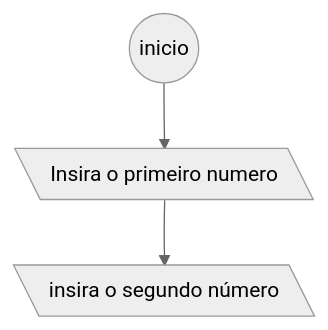
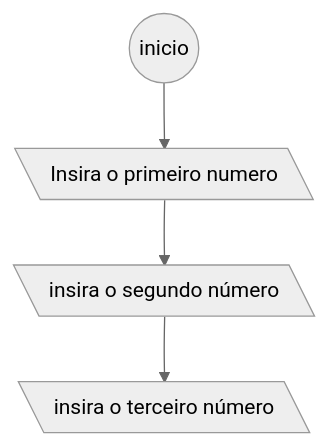
One commit to joacir-pecanha/lista_lp changed the seventh of 10 diagrams in LP/Listas de Exercícios/LP_Lista_01/README.md. Above: the diagram before and after it, drawn with Mermaid (neutral theme).

Commit message:
:books:docs: exercicios 7 de 10[C

````diff
--- a/LP/Listas de Exercícios/LP_Lista_01/README.md
+++ b/LP/Listas de Exercícios/LP_Lista_01/README.md
@@ -98,6 +98,6 @@
    ```mermaid
    flowchart TD
       start((inicio)) --> input1[\Insira o primeiro numero\]
       input1 --> input2[\insira o segundo número\]
-      
+      input2 --> input3[\insira o terceiro número\]
    ```
````
